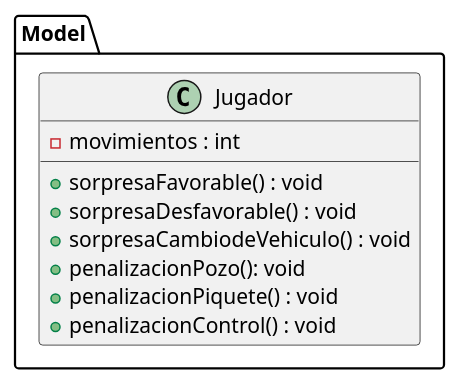
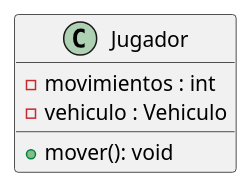
Before and after one commit to TP2Algo3FIUBA/tp2: the diagram in diagrams/classes/clase_jugador.plantuml, drawn with PlantUML. The commit also changed 8 other files, not shown here.

Commit message:
Modificacion de diagrama de clases

```diff
--- a/diagrams/classes/clase_jugador.plantuml
+++ b/diagrams/classes/clase_jugador.plantuml
@@ -1,16 +1,10 @@
 @startuml
 
-package Model {
         class Jugador {
         		- movimientos : int
-        		
-                + sorpresaFavorable() : void
-                + sorpresaDesfavorable() : void
-                + sorpresaCambiodeVehiculo() : void
-                + penalizacionPozo(): void
-	            + penalizacionPiquete() : void
-	            + penalizacionControl() : void
+        		- vehiculo : Vehiculo
+        		+ mover(): void
         }
-}
+
 
 @enduml
```
